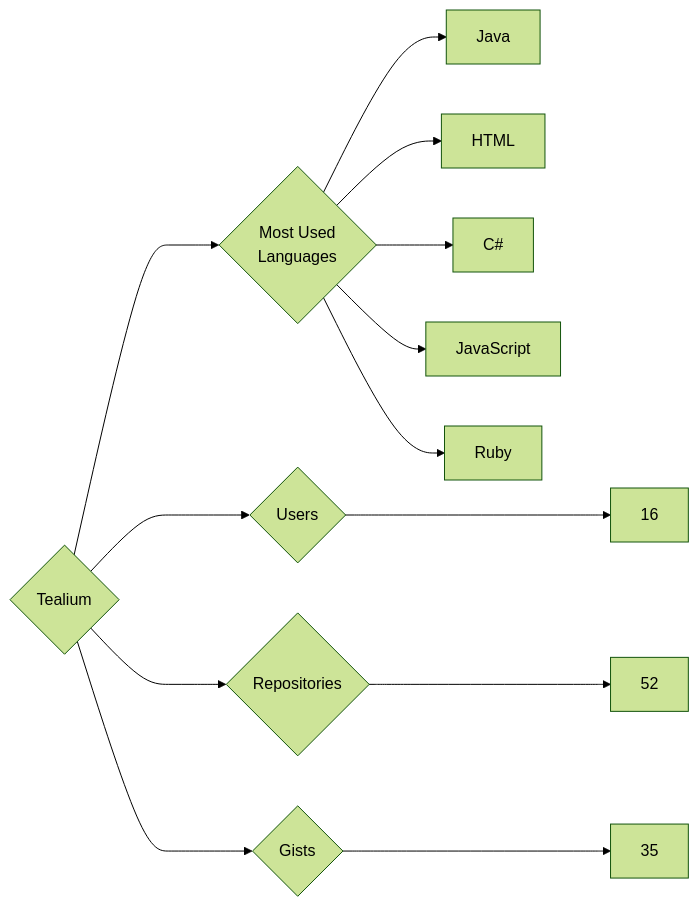
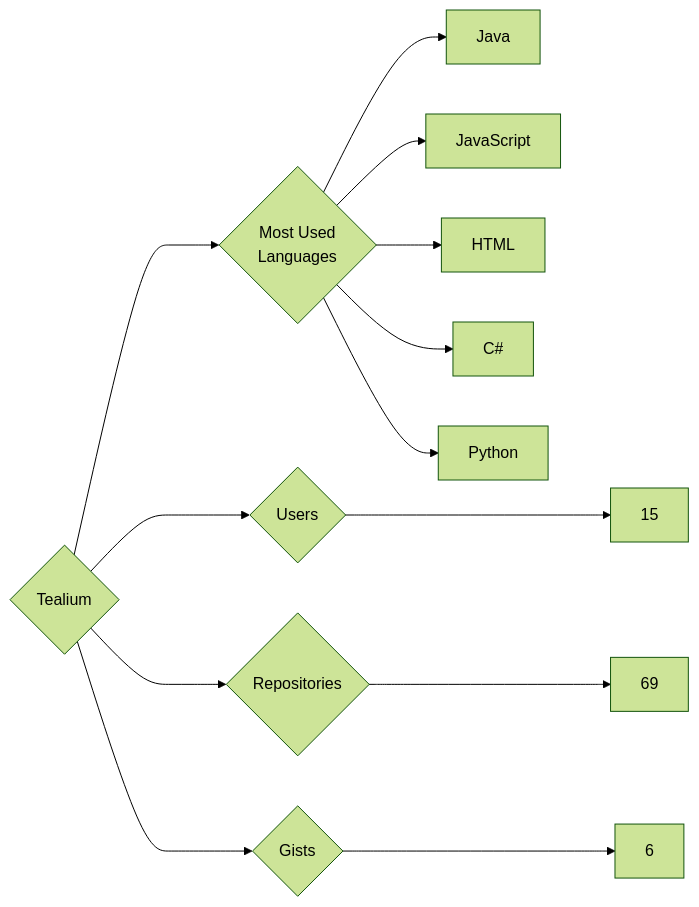
Before and after one commit to trickest/insiders: the diagram in targets/Tealium/README.md, drawn with Mermaid (forest theme). The commit also changed 787 other files, not shown here.

````diff
--- a/targets/Tealium/README.md
+++ b/targets/Tealium/README.md
@@ -3,13 +3,13 @@
 ```mermaid
 graph LR
 COMPANY_NAME{Tealium}
-COMPANY_NAME ---> U{Users} ---> UN[16]
-COMPANY_NAME ---> R{Repositories} ---> RN[52]
-COMPANY_NAME ---> G{Gists} ---> GN[35]
+COMPANY_NAME ---> U{Users} ---> UN[15]
+COMPANY_NAME ---> R{Repositories} ---> RN[69]
+COMPANY_NAME ---> G{Gists} ---> GN[6]
 COMPANY_NAME ---> ML{Most Used<br>Languages}
 ML --> Java[Java]
+ML --> JavaScript[JavaScript]
 ML --> HTML[HTML]
 ML --> C#[C#]
-ML --> JavaScript[JavaScript]
-ML --> Ruby[Ruby]
+ML --> Python[Python]
 ```
````
